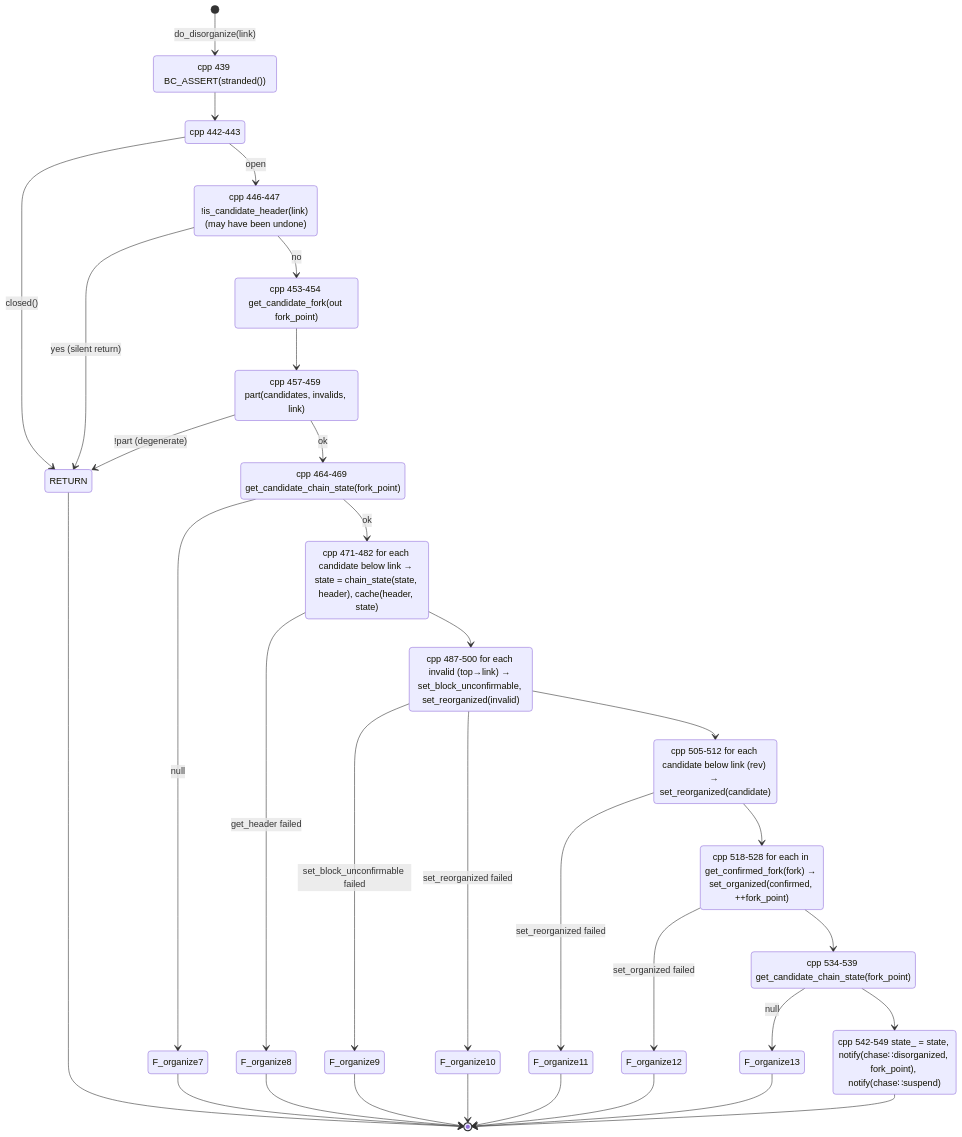
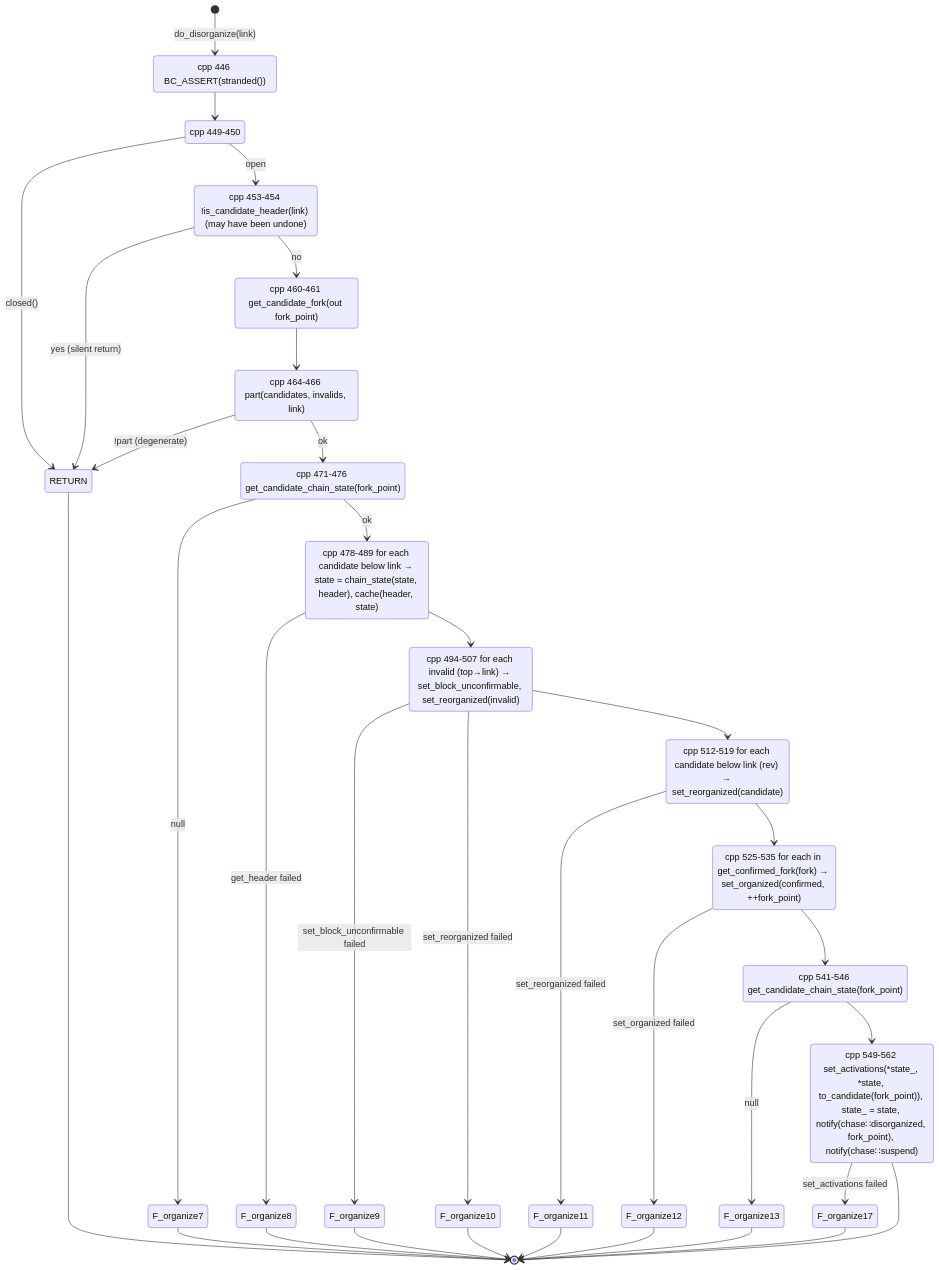
Before and after one commit to libbitcoin/libbitcoin.github.io: the third of 3 diagrams in architecture/node/md/header-chaser.md, drawn with Mermaid. The commit also changed other lines of this file and 8 other files, not shown here.

````diff
--- a/architecture/node/md/header-chaser.md
+++ b/architecture/node/md/header-chaser.md
@@ -312,56 +312,58 @@
 ```mermaid
 stateDiagram-v2
     [*] --> STRAND_GUARD: do_disorganize(link)
-    STRAND_GUARD: cpp 439 BC_ASSERT(stranded())
+    STRAND_GUARD: cpp 446 BC_ASSERT(stranded())
     STRAND_GUARD --> CHECK_CLOSED
-    CHECK_CLOSED: cpp 442-443
+    CHECK_CLOSED: cpp 449-450
     CHECK_CLOSED --> RETURN: closed()
     CHECK_CLOSED --> ALREADY_REORG: open
 
-    ALREADY_REORG: cpp 446-447 !is_candidate_header(link) (may have been undone)
+    ALREADY_REORG: cpp 453-454 !is_candidate_header(link) (may have been undone)
     ALREADY_REORG --> RETURN: yes (silent return)
     ALREADY_REORG --> GET_FORK: no
 
-    GET_FORK: cpp 453-454 get_candidate_fork(out fork_point)
+    GET_FORK: cpp 460-461 get_candidate_fork(out fork_point)
     GET_FORK --> PART_AT_LINK
-    PART_AT_LINK: cpp 457-459 part(candidates, invalids, link)
+    PART_AT_LINK: cpp 464-466 part(candidates, invalids, link)
     PART_AT_LINK --> RETURN: !part (degenerate)
     PART_AT_LINK --> GET_FORK_STATE: ok
 
-    GET_FORK_STATE: cpp 464-469 get_candidate_chain_state(fork_point)
+    GET_FORK_STATE: cpp 471-476 get_candidate_chain_state(fork_point)
     GET_FORK_STATE --> F_organize7: null
     GET_FORK_STATE --> REBUILD_TREE: ok
 
-    REBUILD_TREE: cpp 471-482 for each candidate below link → state = chain_state(state, header), cache(header, state)
+    REBUILD_TREE: cpp 478-489 for each candidate below link → state = chain_state(state, header), cache(header, state)
     REBUILD_TREE --> F_organize8: get_header failed
     REBUILD_TREE --> POP_INVALIDS
 
-    POP_INVALIDS: cpp 487-500 for each invalid (top→link) → set_block_unconfirmable, set_reorganized(invalid)
+    POP_INVALIDS: cpp 494-507 for each invalid (top→link) → set_block_unconfirmable, set_reorganized(invalid)
     POP_INVALIDS --> F_organize9: set_block_unconfirmable failed
     POP_INVALIDS --> F_organize10: set_reorganized failed
     POP_INVALIDS --> POP_WEAK
 
-    POP_WEAK: cpp 505-512 for each candidate below link (rev) → set_reorganized(candidate)
+    POP_WEAK: cpp 512-519 for each candidate below link (rev) → set_reorganized(candidate)
     POP_WEAK --> F_organize11: set_reorganized failed
     POP_WEAK --> PUSH_CONFIRMED
 
-    PUSH_CONFIRMED: cpp 518-528 for each in get_confirmed_fork(fork) → set_organized(confirmed, ++fork_point)
+    PUSH_CONFIRMED: cpp 525-535 for each in get_confirmed_fork(fork) → set_organized(confirmed, ++fork_point)
     PUSH_CONFIRMED --> F_organize12: set_organized failed
     PUSH_CONFIRMED --> REFRESH_STATE
 
-    REFRESH_STATE: cpp 534-539 get_candidate_chain_state(fork_point)
+    REFRESH_STATE: cpp 541-546 get_candidate_chain_state(fork_point)
     REFRESH_STATE --> F_organize13: null
     REFRESH_STATE --> EMIT_DISORG
 
-    EMIT_DISORG: cpp 542-549 state_ = state, notify(chase∷disorganized, fork_point), notify(chase∷suspend)
+    EMIT_DISORG: cpp 549-562 set_activations(*state_, *state, to_candidate(fork_point)), state_ = state, notify(chase∷disorganized, fork_point), notify(chase∷suspend)
+    EMIT_DISORG --> F_organize17: set_activations failed
     EMIT_DISORG --> [*]
 
     F_organize7 --> [*]
     F_organize8 --> [*]
     F_organize9 --> [*]
     F_organize10 --> [*]
     F_organize11 --> [*]
     F_organize12 --> [*]
     F_organize13 --> [*]
+    F_organize17 --> [*]
     RETURN --> [*]
 ```
````
